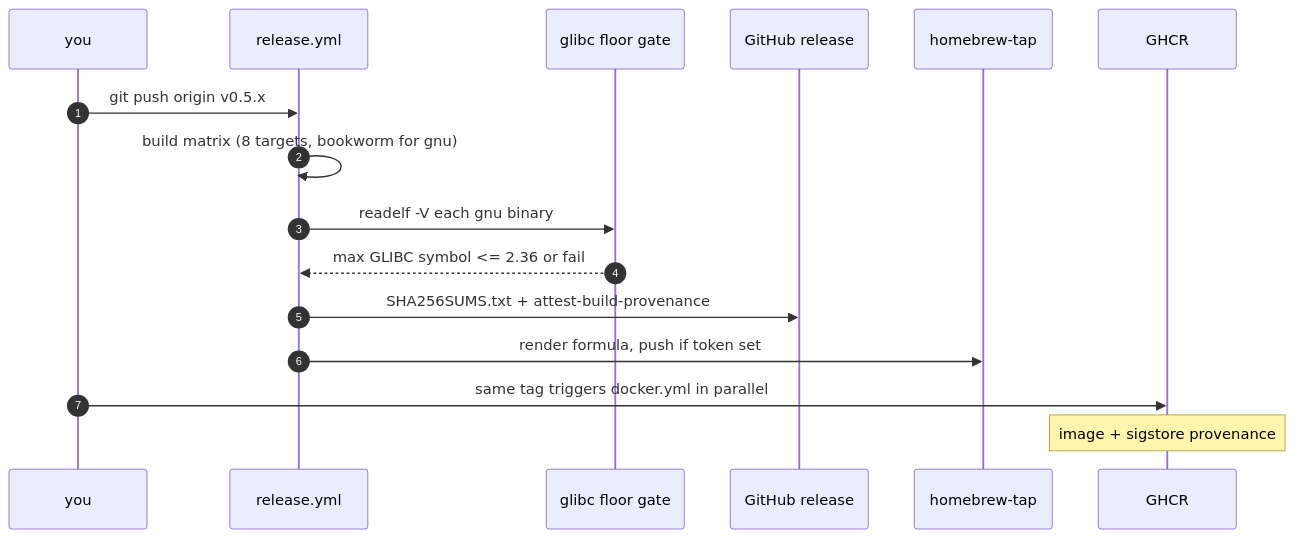
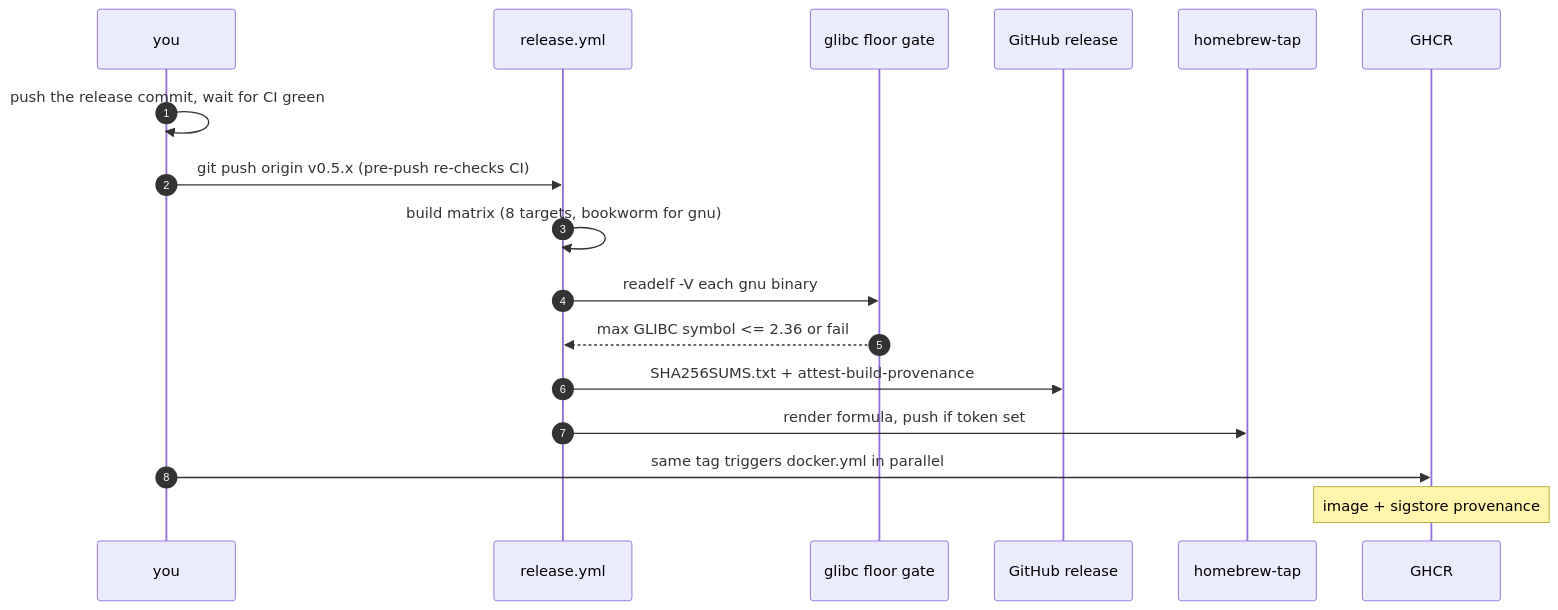
The first of 2 diagrams in docs/internals/build-ci-release.md (NormB/sipnab), drawn with Mermaid before and after one commit. The commit also changed other lines of this file and 5 other files, not shown here.

````diff
--- a/docs/internals/build-ci-release.md
+++ b/docs/internals/build-ci-release.md
@@ -272,19 +288,20 @@
 ```mermaid
 sequenceDiagram
     autonumber
     participant Dev as you
     participant Rel as release.yml
     participant Gate as glibc floor gate
     participant GH as GitHub release
     participant Tap as homebrew-tap
     participant GHCR
 
-    Dev->>Rel: git push origin v0.5.x
+    Dev->>Dev: push the release commit, wait for CI green
+    Dev->>Rel: git push origin v0.5.x (pre-push re-checks CI)
     Rel->>Rel: build matrix (8 targets, bookworm for gnu)
     Rel->>Gate: readelf -V each gnu binary
     Gate-->>Rel: max GLIBC symbol <= 2.36 or fail
     Rel->>GH: SHA256SUMS.txt + attest-build-provenance
     Rel->>Tap: render formula, push if token set
     Dev->>GHCR: same tag triggers docker.yml in parallel
     Note over GHCR: image + sigstore provenance
 ```
````
